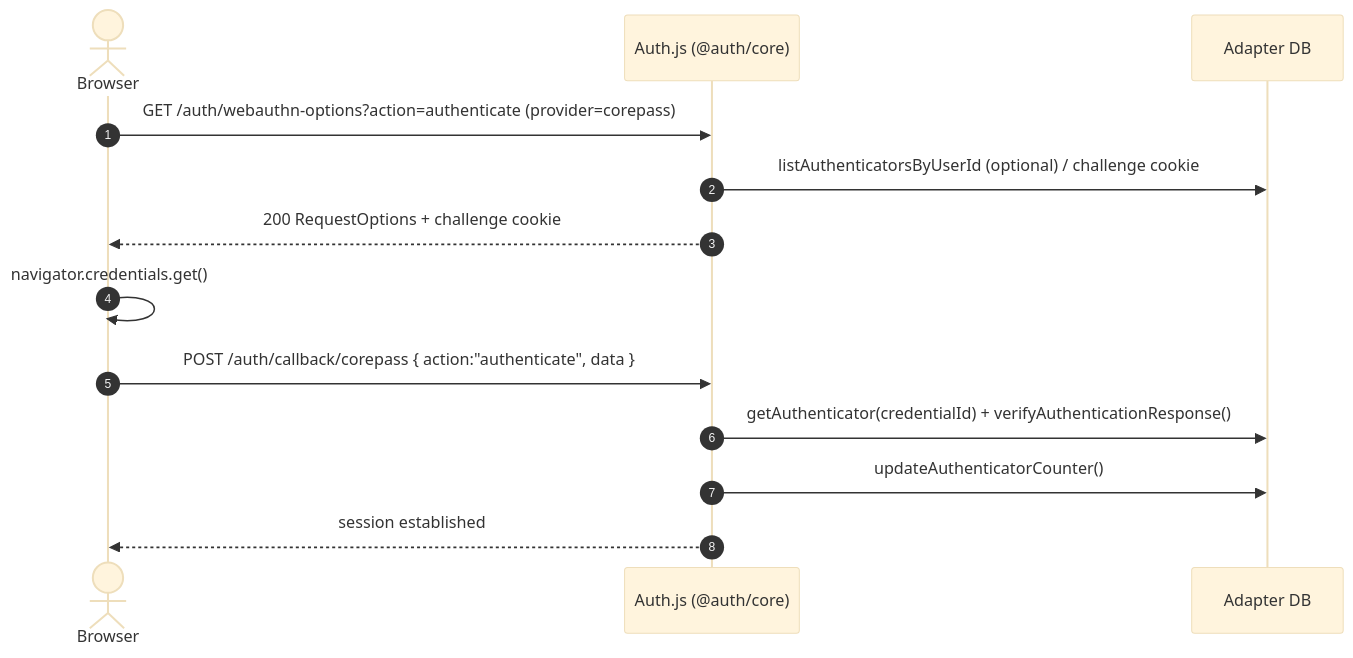
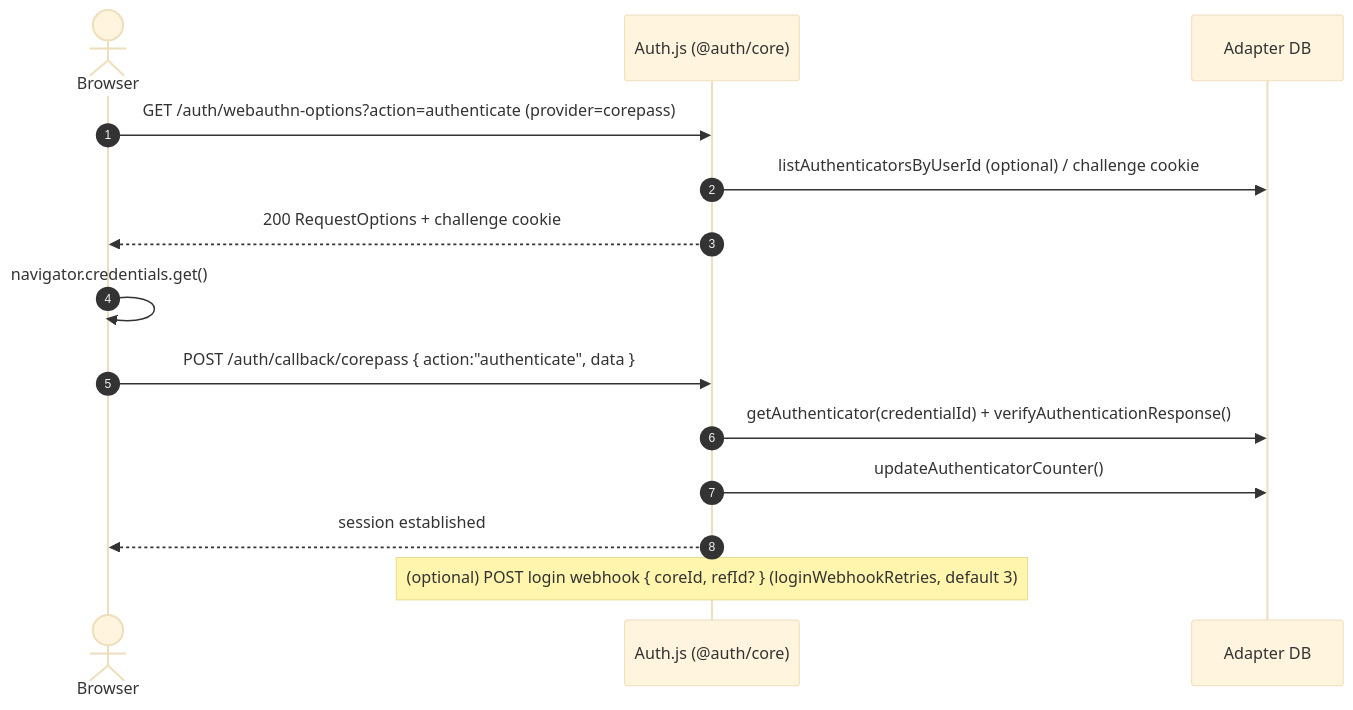
One commit to CorePass/authjs-corepass-provider changed the second of 2 diagrams in README.md. Above: the diagram before and after it, drawn with Mermaid (base theme). The commit also changed other lines of this file and 2 other files, not shown here.

First line of the commit message:
Adds login webhook functionality

````diff
--- a/README.md
+++ b/README.md
@@ -59,16 +59,17 @@
 ```mermaid
 sequenceDiagram
   autonumber
   actor B as Browser
   participant Auth as Auth.js (@auth/core)
   participant DB as Adapter DB
 
   B->>Auth: GET /auth/webauthn-options?action=authenticate (provider=corepass)
   Auth->>DB: listAuthenticatorsByUserId (optional) / challenge cookie
   Auth-->>B: 200 RequestOptions + challenge cookie
   B->>B: navigator.credentials.get()
   B->>Auth: POST /auth/callback/corepass { action:"authenticate", data }
   Auth->>DB: getAuthenticator(credentialId) + verifyAuthenticationResponse()
   Auth->>DB: updateAuthenticatorCounter()
   Auth-->>B: session established
+  Note over Auth: (optional) POST login webhook { coreId, refId? } (loginWebhookRetries, default 3)
 ```
````
